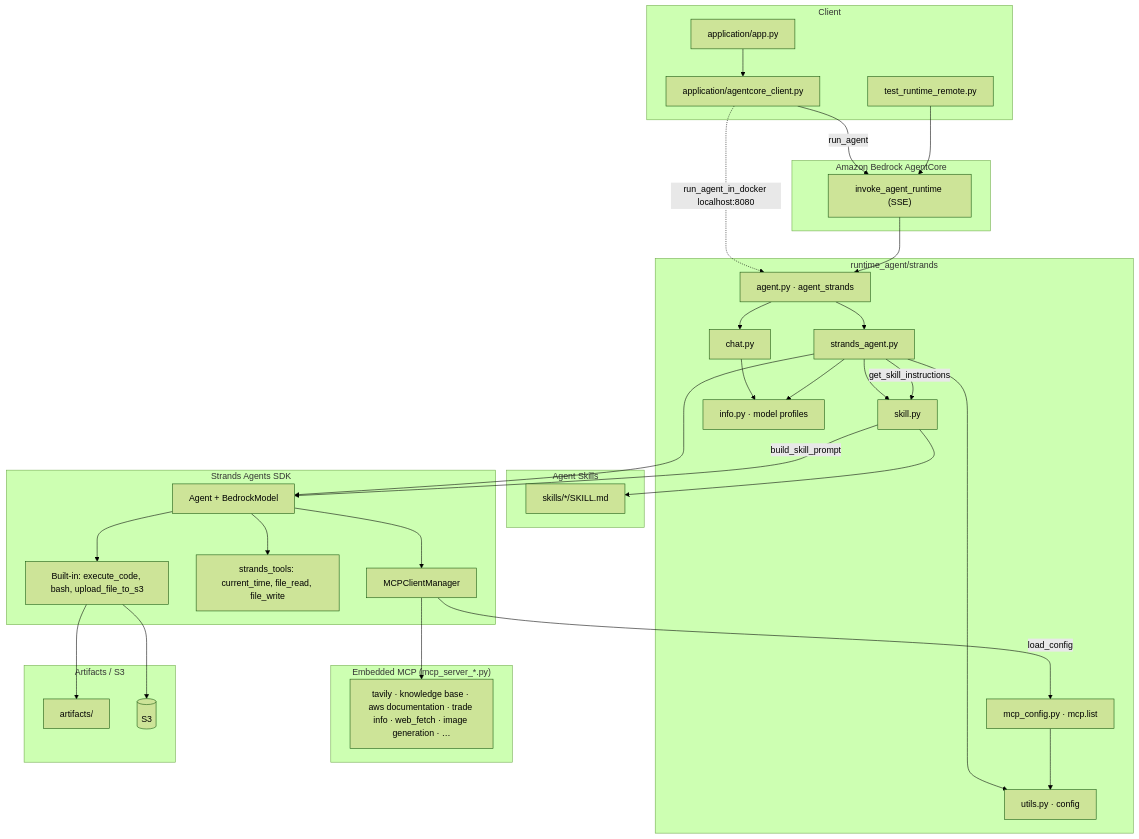
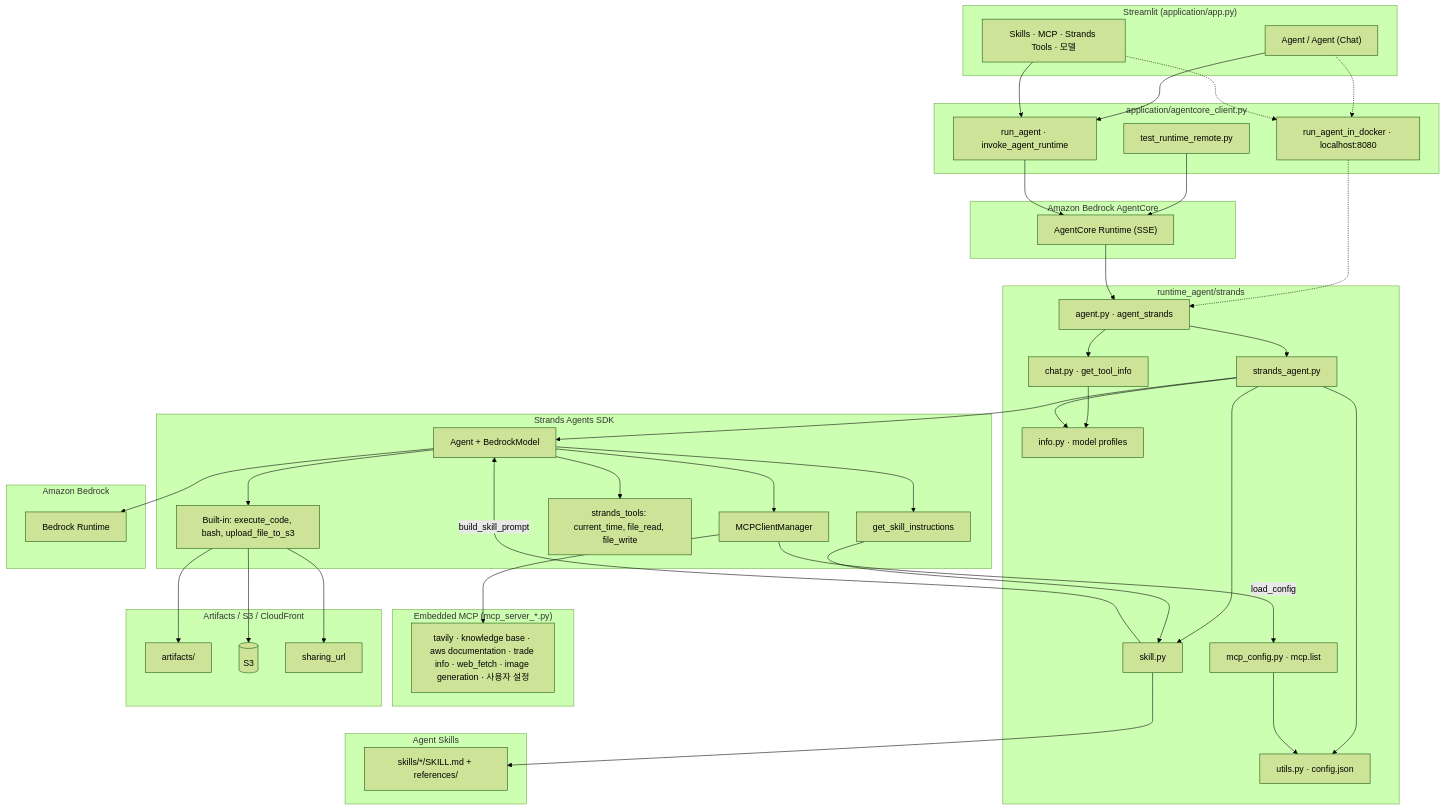
Before and after one commit to kyopark2014/strands-runtime: the diagram in runtime_agent/strands/README.md, drawn with Mermaid (forest theme). The commit also changed other lines of this file, not shown here.

````diff
--- a/runtime_agent/strands/README.md
+++ b/runtime_agent/strands/README.md
@@ -11,13 +13,18 @@
 ```mermaid
 flowchart TB
-  subgraph Client["Client"]
-    APP["application/app.py"]
-    ACC["application/agentcore_client.py"]
+  subgraph UI["Streamlit (application/app.py)"]
+    MODE["Agent / Agent (Chat)"]
+    SEL["Skills · MCP · Strands Tools · 모델"]
+  end
+
+  subgraph Client["application/agentcore_client.py"]
+    RA["run_agent · invoke_agent_runtime"]
+    RD["run_agent_in_docker · localhost:8080"]
     TEST["test_runtime_remote.py"]
   end
 
   subgraph AgentCore["Amazon Bedrock AgentCore"]
-    AC["invoke_agent_runtime (SSE)"]
+    AC["AgentCore Runtime (SSE)"]
   end
 
   subgraph Runtime["runtime_agent/strands"]
@@ -25,36 +32,47 @@
     SA["strands_agent.py"]
     SK["skill.py"]
     MCP["mcp_config.py · mcp.list"]
-    CHAT["chat.py"]
+    CHAT["chat.py · get_tool_info"]
     INFO["info.py · model profiles"]
-    UTILS["utils.py · config"]
+    UTILS["utils.py · config.json"]
   end
 
   subgraph Skills["Agent Skills"]
-    SRC["skills/*/SKILL.md"]
+    SRC["skills/*/SKILL.md + references/"]
   end
 
   subgraph AgentStack["Strands Agents SDK"]
     A["Agent + BedrockModel"]
     BT["Built-in: execute_code, bash, upload_file_to_s3"]
+    GSI["get_skill_instructions"]
     ST["strands_tools: current_time, file_read, file_write"]
-    MCM[MCPClientManager]
+    MCM["MCPClientManager"]
   end
 
   subgraph MCPServers["Embedded MCP (mcp_server_*.py)"]
-    MCPsrv["tavily · knowledge base · aws documentation · trade info · web_fetch · image generation · …"]
+    MCPsrv["tavily · knowledge base · aws documentation · trade info · web_fetch · image generation · 사용자 설정"]
   end
 
-  subgraph Storage["Artifacts / S3"]
-    ART[artifacts/]
-    S3[(S3)]
+  subgraph LLM["Amazon Bedrock"]
+    BR["Bedrock Runtime"]
   end
 
-  APP --> ACC
-  ACC -->|run_agent| AC
-  ACC -.->|run_agent_in_docker localhost:8080| ENTRY
+  subgraph Storage["Artifacts / S3 / CloudFront"]
+    ART["artifacts/"]
+    S3[(S3)]
+    CF["sharing_url"]
+  end
+
+  MODE --> RA
+  SEL --> RA
+  MODE -.-> RD
+  SEL -.-> RD
   TEST --> AC
+
+  RA --> AC
+  RD -.-> ENTRY
   AC --> ENTRY
+
   ENTRY --> SA
   ENTRY --> CHAT
   CHAT --> INFO
@@ -64,13 +82,16 @@
   SA --> A
   SA --> SK
   SK -->|build_skill_prompt| A
-  SA -->|get_skill_instructions| SK
+  A --> GSI
+  GSI --> SK
   SK --> SRC
   A --> BT
   A --> ST
   A --> MCM
+  A --> BR
   MCM -->|load_config| MCP
   MCM --> MCPsrv
   BT --> ART
   BT --> S3
+  BT --> CF
 ```
````
